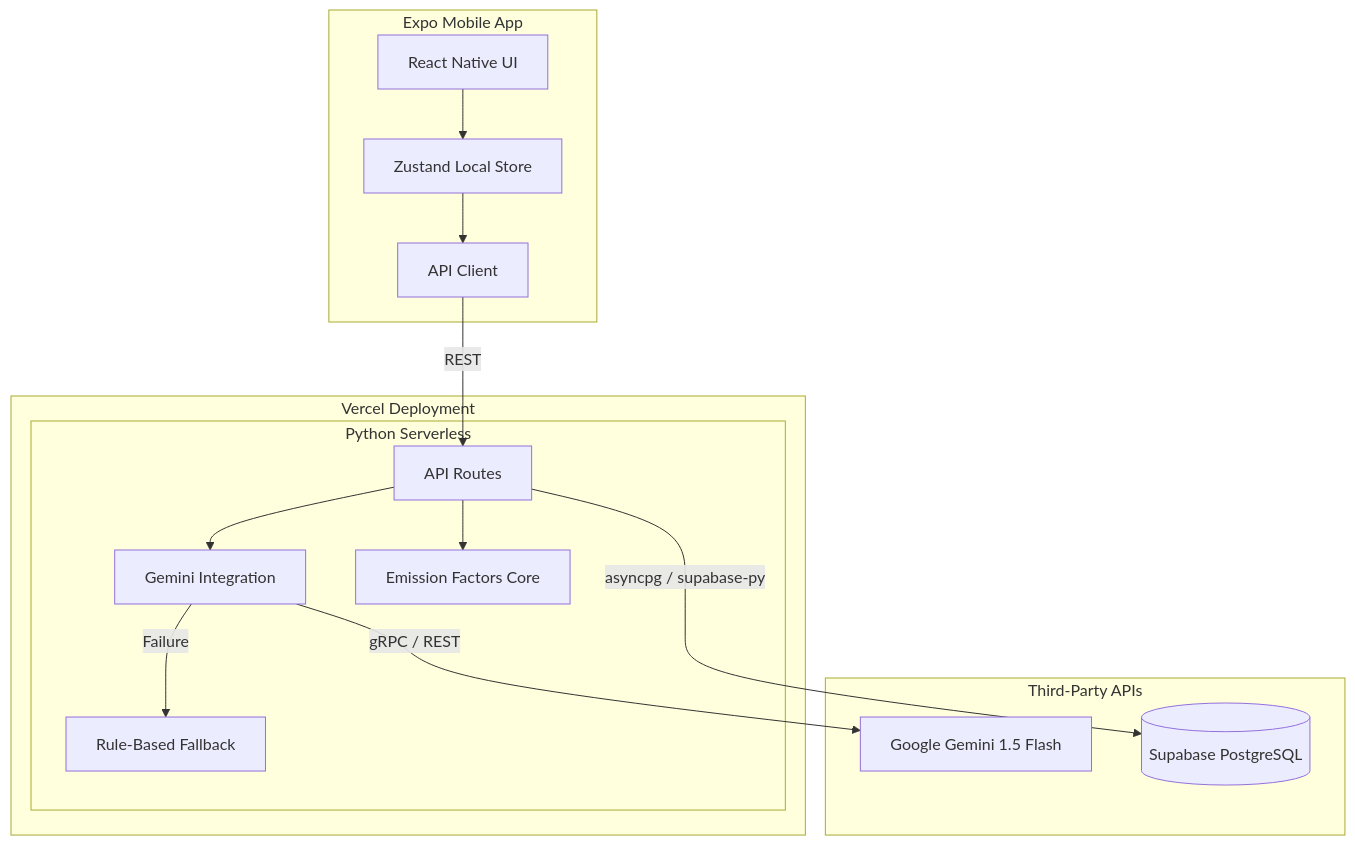
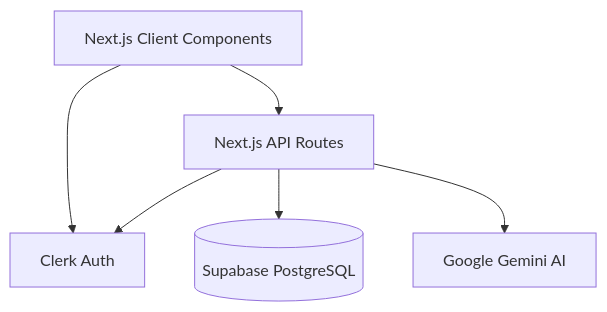
Before and after one commit to Priyadharshan2003/EcoTrack: the diagram in docs/ARCHITECTURE.md, drawn with Mermaid. The commit also changed other lines of this file and 249 other files, not shown here.

````diff
--- a/docs/ARCHITECTURE.md
+++ b/docs/ARCHITECTURE.md
@@ -7,31 +4,8 @@
 ```mermaid
 graph TD
-    subgraph Client [Expo Mobile App]
-        UI[React Native UI]
-        Store[Zustand Local Store]
-        ClientAPI[API Client]
-        UI --> Store
-        Store --> ClientAPI
-    end
-
-    subgraph Vercel_Platform [Vercel Deployment]
-        subgraph FastAPI_Backend [Python Serverless]
-            Router[API Routes]
-            Fallback[Rule-Based Fallback]
-            AI_Engine[Gemini Integration]
-            Scientific[Emission Factors Core]
-        end
-        ClientAPI -->|REST| Router
-        Router --> Scientific
-        Router --> AI_Engine
-        AI_Engine -->|Failure| Fallback
-    end
-
-    subgraph External_Services [Third-Party APIs]
-        Gemini[Google Gemini 1.5 Flash]
-        Supabase[(Supabase PostgreSQL)]
-    end
-
-    AI_Engine -->|gRPC / REST| Gemini
-    Router -->|asyncpg / supabase-py| Supabase
+    Client[Next.js Client Components] --> Server[Next.js API Routes]
+    Client --> Clerk[Clerk Auth]
+    Server --> Clerk
+    Server --> Supabase[(Supabase PostgreSQL)]
+    Server --> Gemini[Google Gemini AI]
 ```
````
